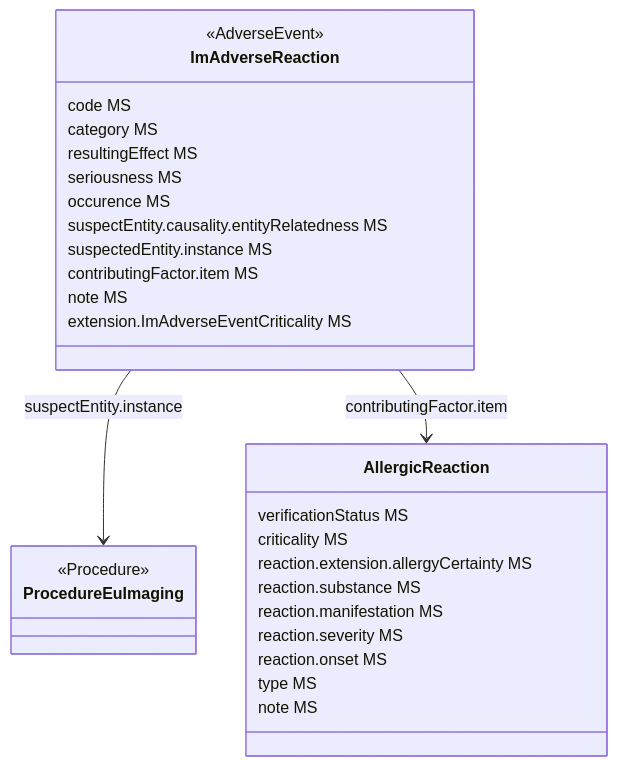
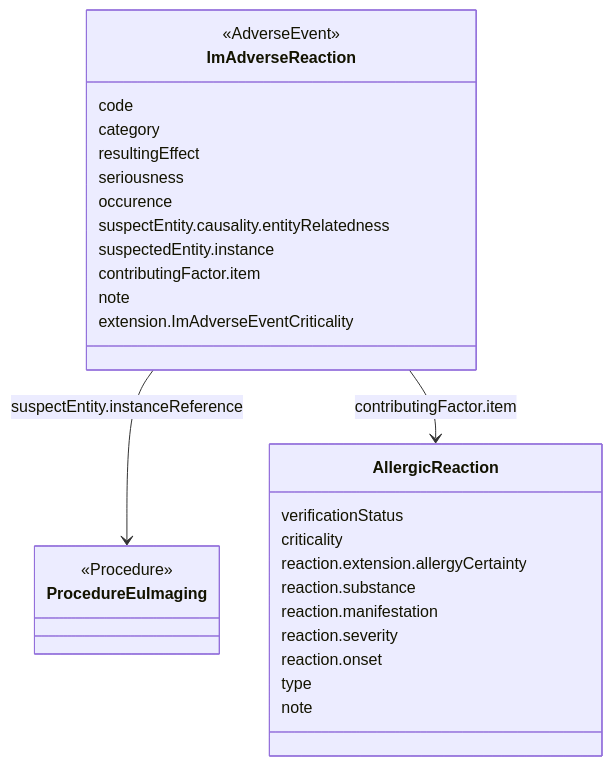
The diagram in igs/imaging-r5/input/pagecontent/design-consideration-procedure-adverse-reaction.md (hl7-eu/imaging), drawn with Mermaid before and after one commit. The commit also changed other lines of this file and 27 other files, not shown here.

````diff
--- a/igs/imaging-r5/input/pagecontent/design-consideration-procedure-adverse-reaction.md
+++ b/igs/imaging-r5/input/pagecontent/design-consideration-procedure-adverse-reaction.md
@@ -10,35 +10,35 @@
 ```mermaid
 classDiagram
   class ImAdverseReaction {
     <<AdverseEvent>>
-    code MS
-    category MS
-    resultingEffect MS
-    seriousness MS
-    occurence MS
-    suspectEntity.causality.entityRelatedness MS
-    suspectedEntity.instance MS
-    contributingFactor.item MS
-    note MS
-    extension.ImAdverseEventCriticality MS
+    code
+    category
+    resultingEffect
+    seriousness
+    occurence
+    suspectEntity.causality.entityRelatedness
+    suspectedEntity.instance
+    contributingFactor.item
+    note
+    extension.ImAdverseEventCriticality
   }
 
   class AllergicReaction{
-    verificationStatus MS
-    criticality MS
-    reaction.extension.allergyCertainty MS
-    reaction.substance MS
-    reaction.manifestation MS
-    reaction.severity  MS
-    reaction.onset MS
-    type MS
-    note MS
+    verificationStatus
+    criticality
+    reaction.extension.allergyCertainty
+    reaction.substance
+    reaction.manifestation
+    reaction.severity 
+    reaction.onset
+    type
+    note
   }
 
   class ProcedureEuImaging{
     <<Procedure>>
   }
 
-  ImAdverseReaction --> ProcedureEuImaging: suspectEntity.instance
+  ImAdverseReaction --> ProcedureEuImaging: suspectEntity.instanceReference
   ImAdverseReaction --> AllergicReaction: contributingFactor.item
 ```
````
